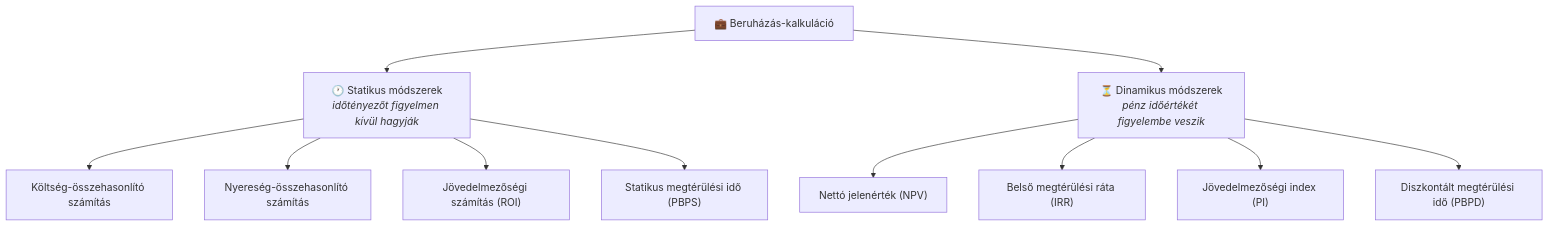
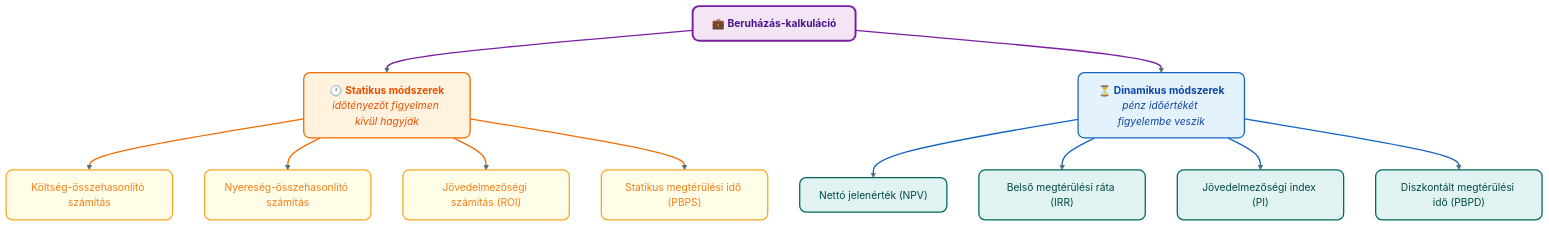
One commit to denespocsik/MM_BSC_Zarovizsga changed the second of 2 diagrams in Tételek/K19-GIXVS2MBLF-Beruházási döntések controlling szemléletben.tétel.md. Above: the diagram before and after it, drawn with Mermaid. The commit also changed other lines of this file and 34 other files, not shown here.

First line of the commit message:
style(tételek): egységes vizuális arculat a Mermaid-diagramokhoz

````diff
--- a/Tételek/K19-GIXVS2MBLF-Beruházási döntések controlling szemléletben.tétel.md
+++ b/Tételek/K19-GIXVS2MBLF-Beruházási döntések controlling szemléletben.tétel.md
@@ -23,17 +30,28 @@
 ```mermaid
 flowchart TD
-    BK["💼 Beruházás-kalkuláció"]
+    BK["💼 <b>Beruházás-kalkuláció</b>"]:::lilaH
 
-    BK --> S["🕐 Statikus módszerek<br/><i>időtényezőt figyelmen kívül hagyják</i>"]
-    BK --> D["⏳ Dinamikus módszerek<br/><i>pénz időértékét figyelembe veszik</i>"]
+    BK --> S["🕐 <b>Statikus módszerek</b><br/><i>időtényezőt figyelmen kívül hagyják</i>"]:::narancs
+    BK --> D["⏳ <b>Dinamikus módszerek</b><br/><i>pénz időértékét figyelembe veszik</i>"]:::kek
 
-    S --> S1["Költség-összehasonlító számítás"]
-    S --> S2["Nyereség-összehasonlító számítás"]
-    S --> S3["Jövedelmezőségi számítás (ROI)"]
-    S --> S4["Statikus megtérülési idő (PBPS)"]
+    S --> S1["Költség-összehasonlító számítás"]:::sarga
+    S --> S2["Nyereség-összehasonlító számítás"]:::sarga
+    S --> S3["Jövedelmezőségi számítás (ROI)"]:::sarga
+    S --> S4["Statikus megtérülési idő (PBPS)"]:::sarga
 
-    D --> D1["Nettó jelenérték (NPV)"]
-    D --> D2["Belső megtérülési ráta (IRR)"]
-    D --> D3["Jövedelmezőségi index (PI)"]
-    D --> D4["Diszkontált megtérülési idő (PBPD)"]
+    D --> D1["Nettó jelenérték (NPV)"]:::turkiz
+    D --> D2["Belső megtérülési ráta (IRR)"]:::turkiz
+    D --> D3["Jövedelmezőségi index (PI)"]:::turkiz
+    D --> D4["Diszkontált megtérülési idő (PBPD)"]:::turkiz
+
+    classDef kek     fill:#e3f2fd,stroke:#1565c0,stroke-width:2px,color:#0d47a1,rx:10,ry:10;
+    classDef narancs fill:#fff3e0,stroke:#ef6c00,stroke-width:2px,color:#e65100,rx:10,ry:10;
+    classDef lilaH   fill:#f3e5f5,stroke:#7b1fa2,stroke-width:3px,color:#4a148c,rx:10,ry:10;
+    classDef turkiz  fill:#e0f2f1,stroke:#00695c,stroke-width:2px,color:#004d40,rx:10,ry:10;
+    classDef sarga   fill:#fffde7,stroke:#f9a825,stroke-width:2px,color:#f57f17,rx:10,ry:10;
+
+    linkStyle default stroke:#546e7a,stroke-width:2px;
+    linkStyle 0,1 stroke:#7b1fa2,stroke-width:2px;
+    linkStyle 2,3,4,5 stroke:#ef6c00,stroke-width:2px;
+    linkStyle 6,7,8,9 stroke:#1565c0,stroke-width:2px;
 ```
````
